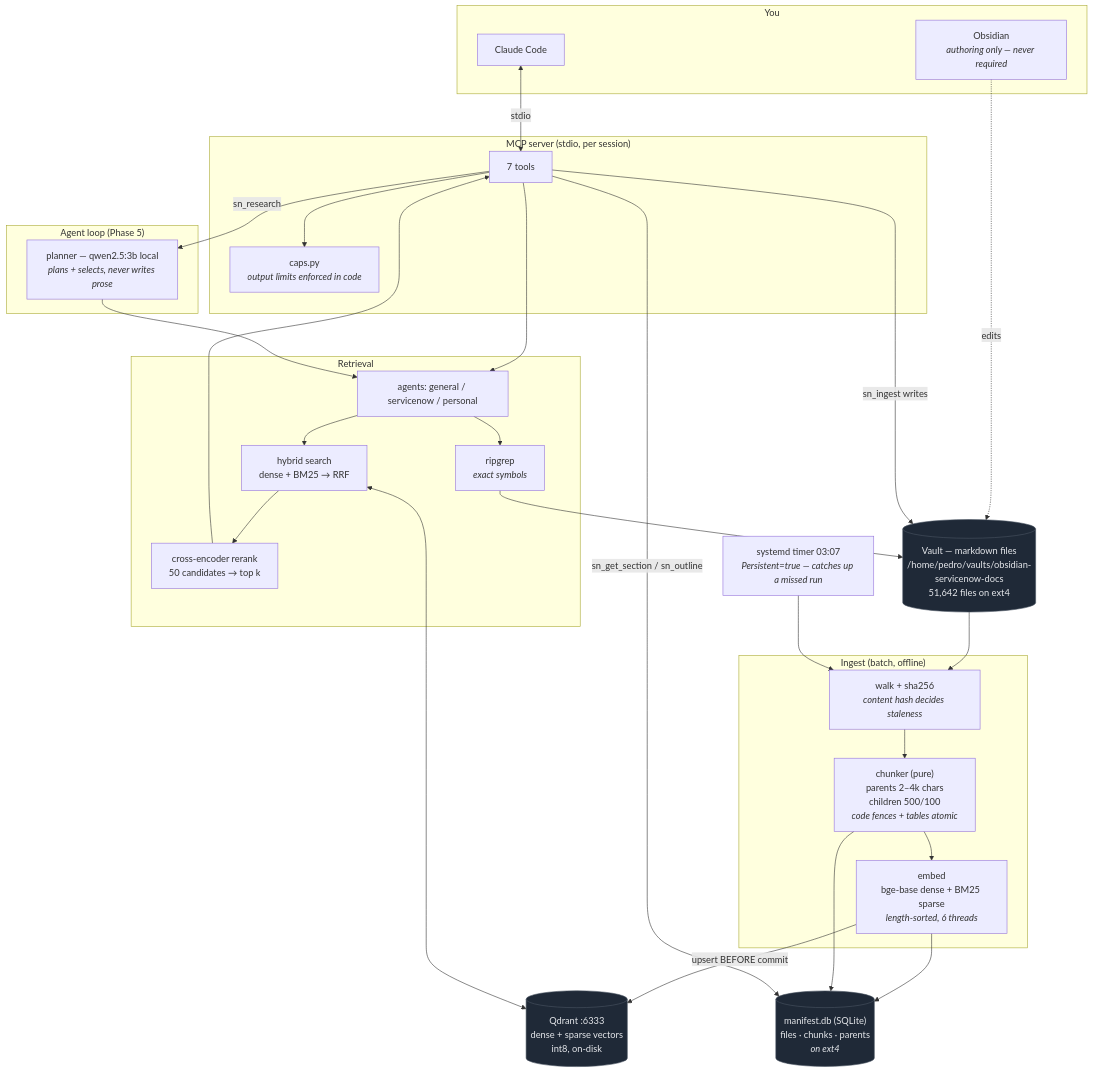
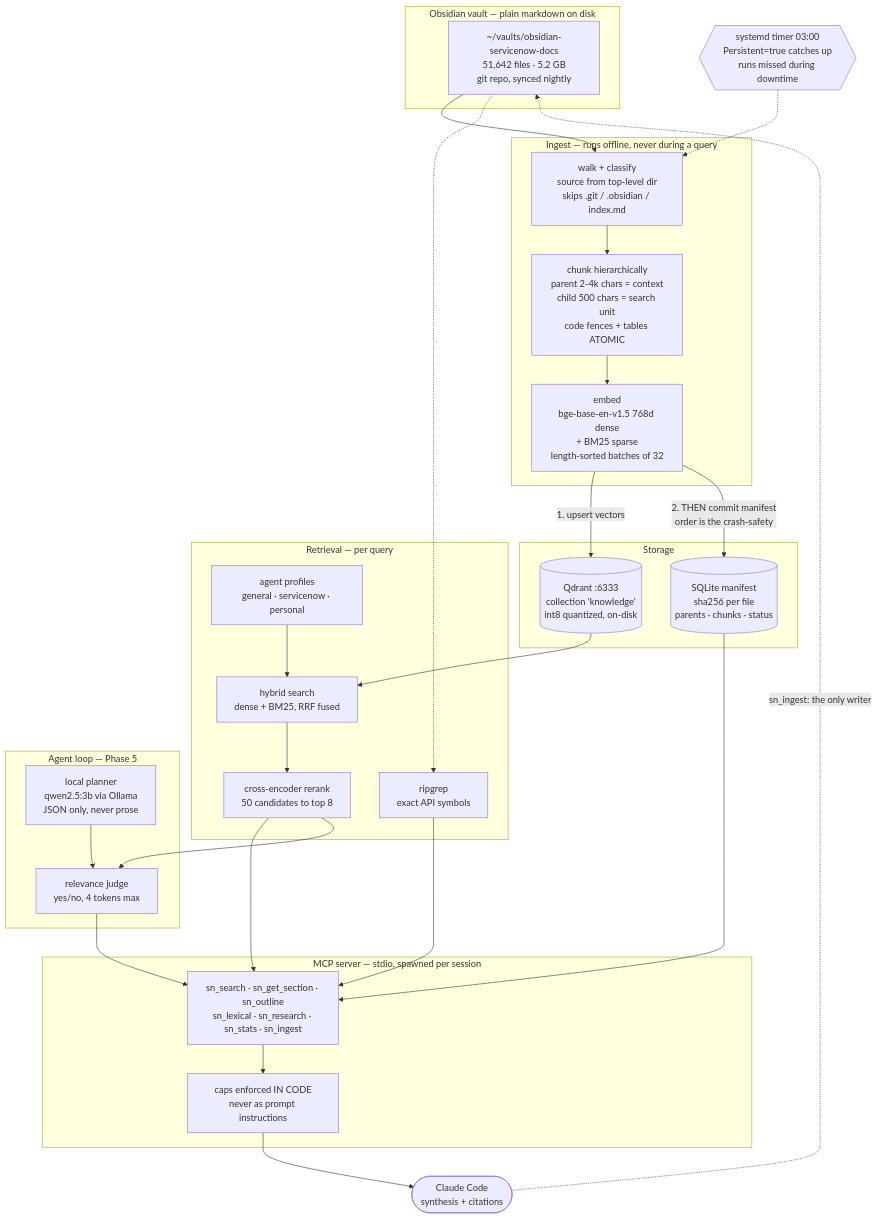
Before and after one commit to Pedr0Leite/second-brain: the diagram in sn-rag/README.md, drawn with Mermaid. The commit also changed other lines of this file and 31 other files, not shown here.

````diff
--- a/sn-rag/README.md
+++ b/sn-rag/README.md
@@ -22,58 +61,54 @@
 ```mermaid
 flowchart TB
-    subgraph you["You"]
-        OBS["Obsidian<br/><i>authoring only — never required</i>"]
-        CC["Claude Code"]
+    subgraph vault["Obsidian vault — plain markdown on disk"]
+        V["~/vaults/obsidian-servicenow-docs<br/>51,642 files · 5.2 GB<br/>git repo, synced nightly"]
     end
 
-    VAULT[("Vault — markdown files<br/>/home/pedro/vaults/obsidian-servicenow-docs<br/>51,642 files on ext4")]
-
-    subgraph ingest["Ingest (batch, offline)"]
-        WALK["walk + sha256<br/><i>content hash decides staleness</i>"]
-        CHUNK["chunker (pure)<br/>parents 2–4k chars<br/>children 500/100<br/><i>code fences + tables atomic</i>"]
-        EMB["embed<br/>bge-base dense + BM25 sparse<br/><i>length-sorted, 6 threads</i>"]
+    subgraph ingest["Ingest — runs offline, never during a query"]
+        W["walk + classify<br/>source from top-level dir<br/>skips .git / .obsidian / index.md"]
+        C["chunk hierarchically<br/>parent 2-4k chars = context<br/>child 500 chars = search unit<br/>code fences + tables ATOMIC"]
+        E["embed<br/>bge-base-en-v1.5 768d dense<br/>+ BM25 sparse<br/>length-sorted batches of 32"]
+        W --> C --> E
     end
 
-    MAN[("manifest.db (SQLite)<br/>files · chunks · parents<br/><i>on ext4</i>")]
-    QD[("Qdrant :6333<br/>dense + sparse vectors<br/>int8, on-disk")]
-
-    subgraph mcp["MCP server (stdio, per session)"]
-        TOOLS["7 tools"]
-        CAPSM["caps.py<br/><i>output limits enforced in code</i>"]
+    subgraph store["Storage"]
+        Q[("Qdrant :6333<br/>collection 'knowledge'<br/>int8 quantized, on-disk")]
+        M[("SQLite manifest<br/>sha256 per file<br/>parents · chunks · status")]
     end
 
-    subgraph ret["Retrieval"]
-        HYB["hybrid search<br/>dense + BM25 → RRF"]
-        RR["cross-encoder rerank<br/>50 candidates → top k"]
-        LEX["ripgrep<br/><i>exact symbols</i>"]
-        PROF["agents: general / servicenow / personal"]
+    subgraph retrieval["Retrieval — per query"]
+        H["hybrid search<br/>dense + BM25, RRF fused"]
+        RR["cross-encoder rerank<br/>50 candidates to top 8"]
+        LX["ripgrep<br/>exact API symbols"]
+        PR["agent profiles<br/>general · servicenow · personal"]
     end
 
-    subgraph agent["Agent loop (Phase 5)"]
-        PLAN["planner — qwen2.5:3b local<br/><i>plans + selects, never writes prose</i>"]
+    subgraph agent["Agent loop — Phase 5"]
+        PL["local planner<br/>qwen2.5:3b via Ollama<br/>JSON only, never prose"]
+        JU["relevance judge<br/>yes/no, 4 tokens max"]
+        PL --> JU
     end
 
-    OBS -.edits.-> VAULT
-    VAULT --> WALK --> CHUNK --> EMB
-    EMB -- "upsert BEFORE commit" --> QD
-    EMB --> MAN
-    CHUNK --> MAN
+    subgraph mcp["MCP server — stdio, spawned per session"]
+        T["sn_search · sn_get_section · sn_outline<br/>sn_lexical · sn_research · sn_stats · sn_ingest"]
+        CAP["caps enforced IN CODE<br/>never as prompt instructions"]
+        T --> CAP
+    end
 
-    CC <-->|"stdio"| TOOLS
-    TOOLS --> CAPSM
-    TOOLS --> PROF
-    PROF --> HYB --> RR
-    PROF --> LEX
-    HYB <--> QD
-    RR --> TOOLS
-    LEX --> VAULT
-    TOOLS -->|"sn_get_section / sn_outline"| MAN
-    TOOLS -->|"sn_research"| PLAN
-    PLAN --> PROF
-    TOOLS -->|"sn_ingest writes"| VAULT
+    CL(["Claude Code<br/>synthesis + citations"])
 
-    TIMER["systemd timer 03:07<br/><i>Persistent=true — catches up a missed run</i>"] --> WALK
+    V --> W
+    E -->|"1. upsert vectors"| Q
+    E -->|"2. THEN commit manifest<br/>order is the crash-safety"| M
+    Q --> H --> RR --> T
+    V -.-> LX --> T
+    M --> T
+    PR --> H
+    RR --> JU
+    JU --> T
+    CAP --> CL
+    CL -.->|"sn_ingest: the only writer"| V
 
-    classDef store fill:#1f2937,stroke:#4b5563,color:#e5e7eb
-    class VAULT,MAN,QD store
+    TIMER{{"systemd timer 03:00<br/>Persistent=true catches up<br/>runs missed during downtime"}}
+    TIMER -.-> W
 ```
````
